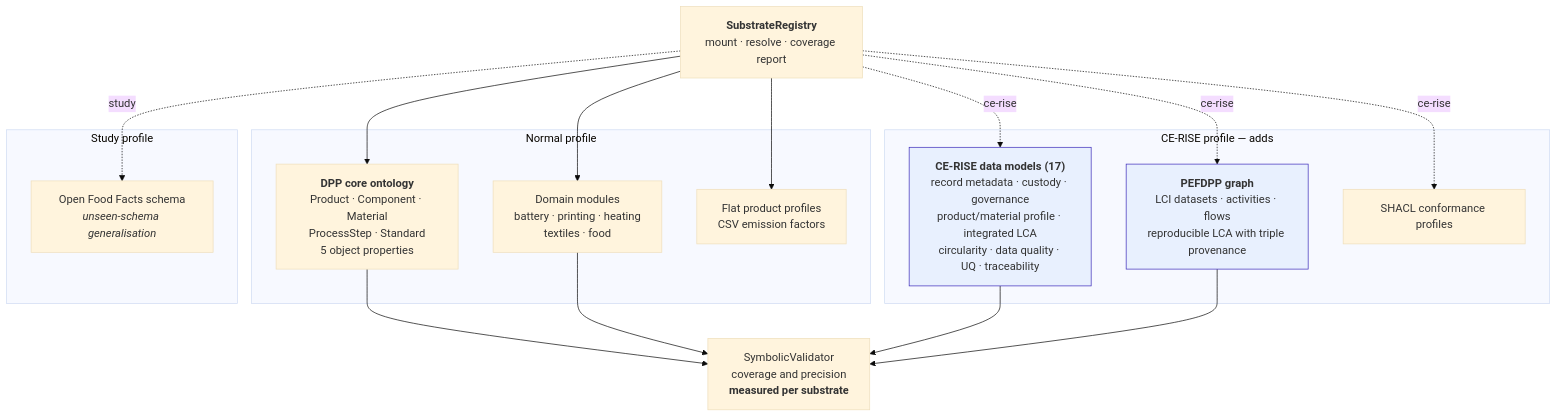
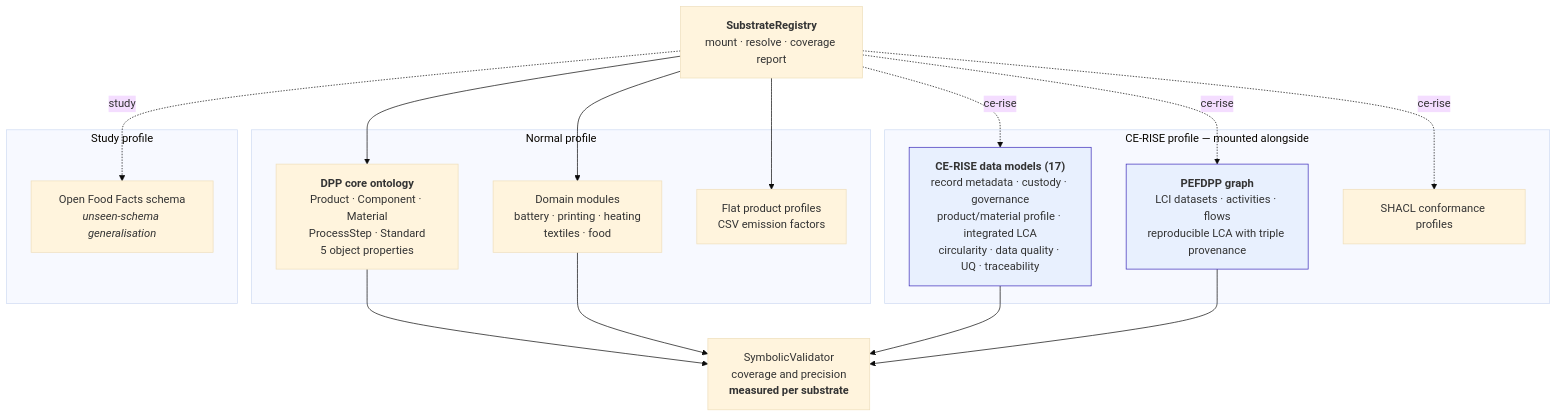
Before and after one commit to CE-RISE-software/intelligent-circular-insights: the seventh of 9 diagrams in docs/ARCHITECTURE.md, drawn with Mermaid (base theme). The commit also changed other lines of this file and 3 other files, not shown here.

````diff
--- a/docs/ARCHITECTURE.md
+++ b/docs/ARCHITECTURE.md
@@ -437,28 +437,28 @@
 ```mermaid
 graph TB
     REG["<b>SubstrateRegistry</b><br/>mount · resolve · coverage report"]
 
     subgraph "Normal profile"
         N1["<b>DPP core ontology</b><br/>Product · Component · Material<br/>ProcessStep · Standard<br/>5 object properties"]
         N2["Domain modules<br/>battery · printing · heating<br/>textiles · food"]
         N3["Flat product profiles<br/>CSV emission factors"]
     end
 
-    subgraph "CE-RISE profile — adds"
+    subgraph "CE-RISE profile — mounted alongside"
         C1["<b>CE-RISE data models (17)</b><br/>record metadata · custody · governance<br/>product/material profile · integrated LCA<br/>circularity · data quality · UQ · traceability"]
         C2["<b>PEFDPP graph</b><br/>LCI datasets · activities · flows<br/>reproducible LCA with triple provenance"]
         C3["SHACL conformance profiles"]
     end
 
     subgraph "Study profile"
         O1["Open Food Facts schema<br/><i>unseen-schema generalisation</i>"]
     end
 
     REG --> N1 & N2 & N3
     REG -.->|ce-rise| C1 & C2 & C3
     REG -.->|study| O1
 
     N1 & N2 & C1 & C2 --> SYM["SymbolicValidator<br/>coverage and precision<br/><b>measured per substrate</b>"]
     style C1 fill:#e8f0fe,stroke:#3d2bba
     style C2 fill:#e8f0fe,stroke:#3d2bba
 ```
````
